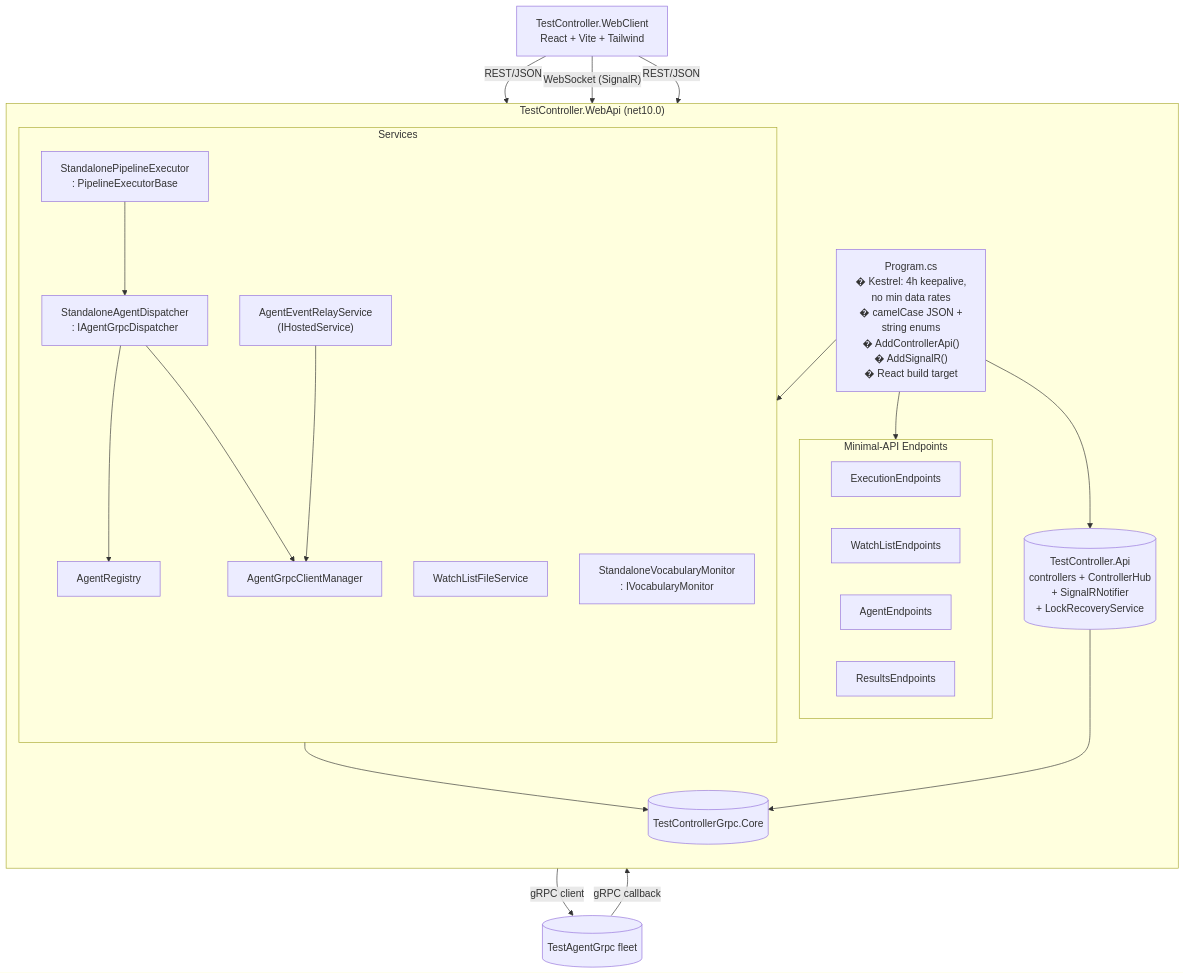
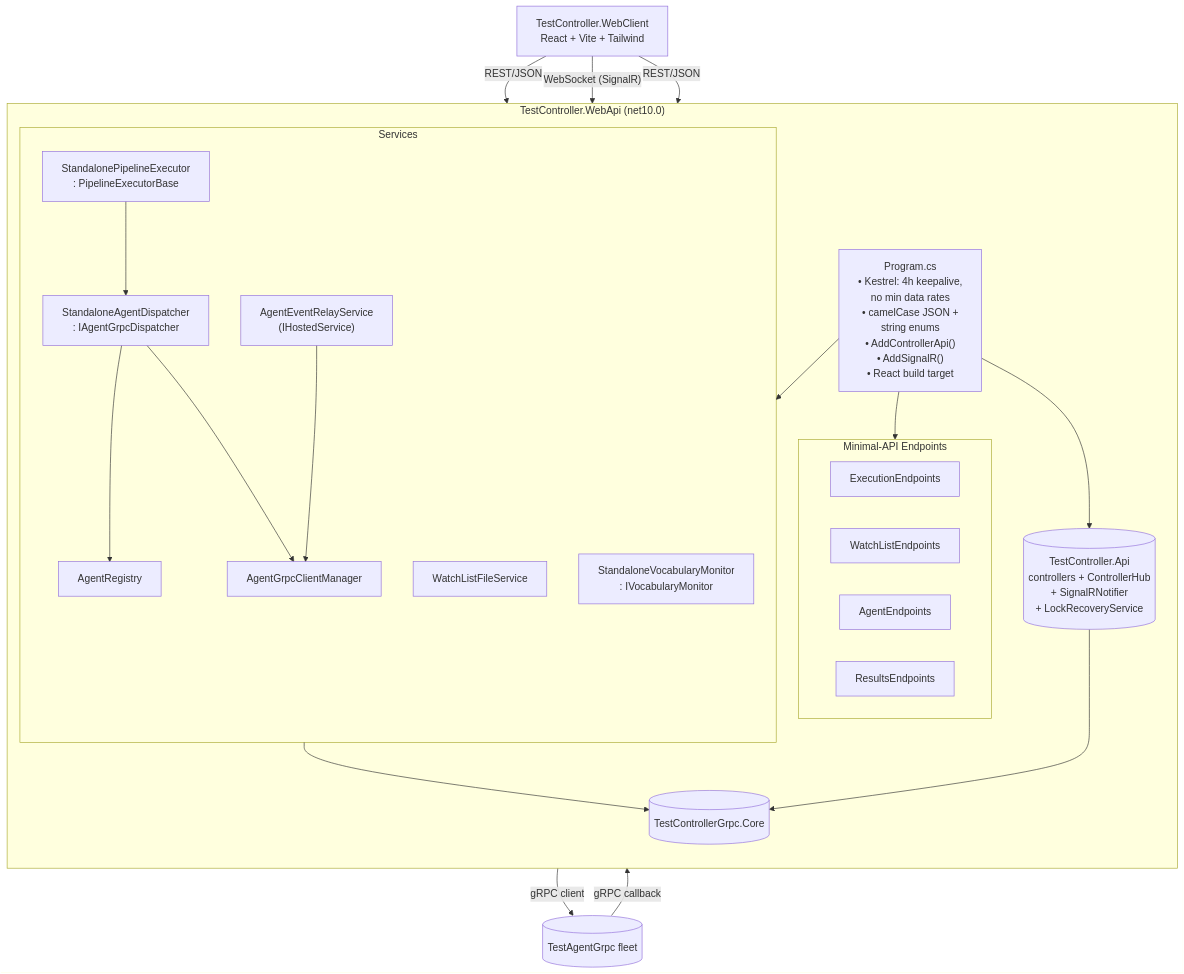
Before and after one commit to VJAveva/TestAgentSolution: the fourth of 12 diagrams in docs/architecture/ARCHITECTURE-DIAGRAMS.md, drawn with Mermaid. The commit also changed other lines of this file and 30 other files, not shown here.

````diff
--- a/docs/architecture/ARCHITECTURE-DIAGRAMS.md
+++ b/docs/architecture/ARCHITECTURE-DIAGRAMS.md
@@ -200,47 +200,47 @@
 ```mermaid
 flowchart TB
     subgraph WebApi["TestController.WebApi (net10.0)"]
         direction TB
 
-        Pgm["Program.cs<br/>� Kestrel: 4h keepalive,<br/>  no min data rates<br/>� camelCase JSON +<br/>  string enums<br/>� AddControllerApi()<br/>� AddSignalR()<br/>� React build target"]
+        Pgm["Program.cs<br/>• Kestrel: 4h keepalive,<br/>  no min data rates<br/>• camelCase JSON +<br/>  string enums<br/>• AddControllerApi()<br/>• AddSignalR()<br/>• React build target"]
 
         subgraph Endp["Minimal-API Endpoints"]
             EE["ExecutionEndpoints"]
             WLE["WatchListEndpoints"]
             AE["AgentEndpoints"]
             RE["ResultsEndpoints"]
         end
 
         subgraph WSvc["Services"]
             ACM["AgentGrpcClientManager"]
             AR["AgentRegistry"]
             WLF["WatchListFileService"]
             AERS["AgentEventRelayService<br/>(IHostedService)"]
             SAD["StandaloneAgentDispatcher<br/>: IAgentGrpcDispatcher"]
             SPE["StandalonePipelineExecutor<br/>: PipelineExecutorBase"]
             SVM["StandaloneVocabularyMonitor<br/>: IVocabularyMonitor"]
         end
 
         SharedApi[("TestController.Api<br/>controllers + ControllerHub<br/>+ SignalRNotifier<br/>+ LockRecoveryService")]
         Core[("TestControllerGrpc.Core")]
 
         Pgm --> Endp
         Pgm --> WSvc
         Pgm --> SharedApi
         SharedApi --> Core
         WSvc --> Core
         SAD --> ACM
         SAD --> AR
         SPE --> SAD
         AERS --> ACM
     end
 
     SPA["TestController.WebClient<br/>React + Vite + Tailwind"]
     Agents[("TestAgentGrpc fleet")]
 
     SPA -- "REST/JSON" --> Endp
     SPA -- "REST/JSON" --> SharedApi
     SPA -- "WebSocket (SignalR)" --> SharedApi
     SAD -- "gRPC client" --> Agents
     Agents -- "gRPC callback" --> SharedApi
 ```
````
